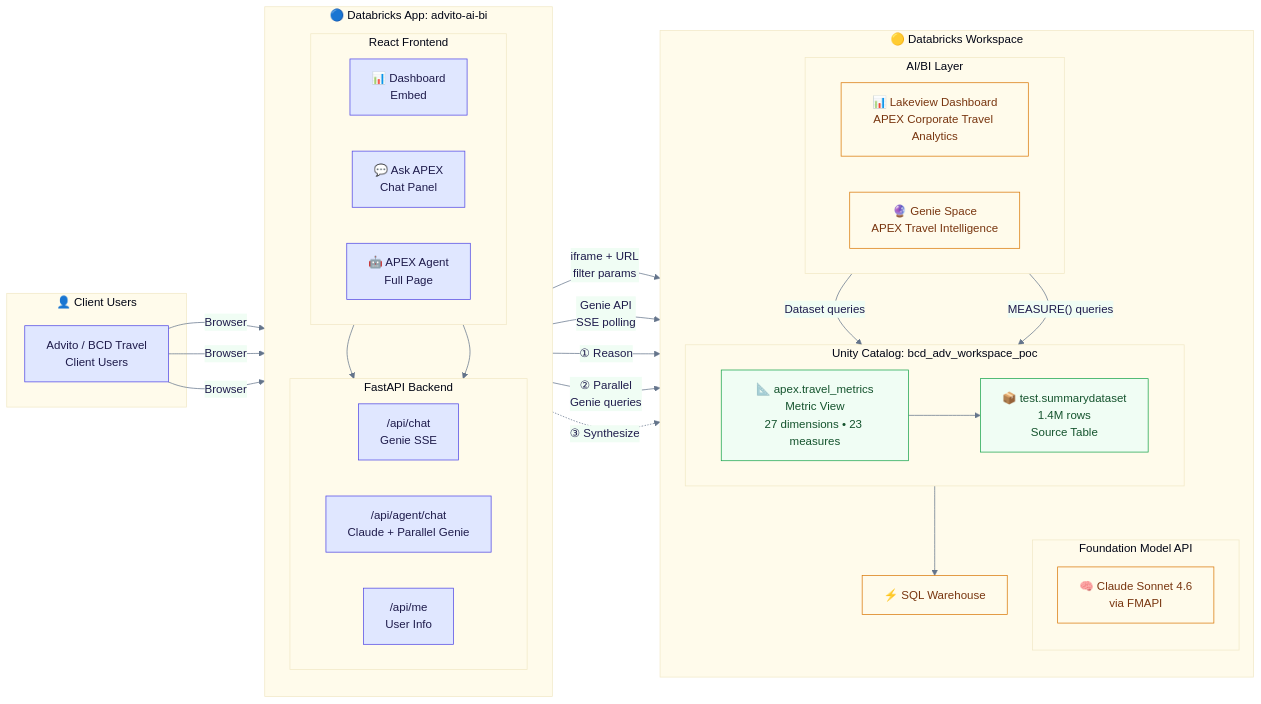
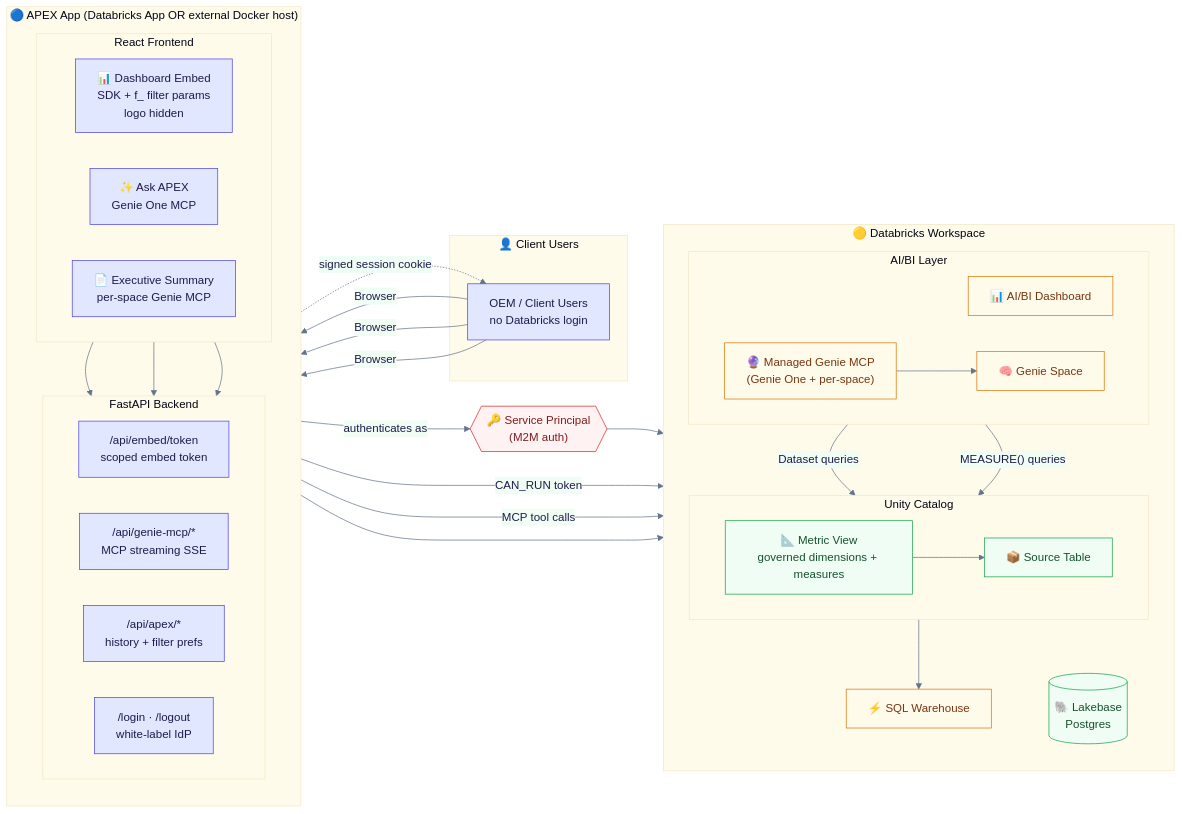
The diagram in docs/architecture/apex_architecture.mmd (rohit-db/advito-ai-bi), drawn with Mermaid before and after one commit. The commit also changed 86 other files, not shown here.

First line of the commit message:
feat: external-host replatform (SP auth, white-label login, Lakebase) + UI overhaul + cleanup

```diff
--- a/docs/architecture/apex_architecture.mmd
+++ b/docs/architecture/apex_architecture.mmd
@@ -1,74 +1,82 @@
 %%{init: {'theme': 'base', 'themeVariables': {'primaryColor': '#e0e7ff', 'primaryBorderColor': '#4f46e5', 'primaryTextColor': '#1e1b4b', 'lineColor': '#64748b', 'secondaryColor': '#f0fdf4', 'tertiaryColor': '#fffbeb'}}}%%
 
 flowchart LR
     subgraph Users["👤 Client Users"]
-        U[Advito / BCD Travel<br/>Client Users]
+        U[OEM / Client Users<br/>no Databricks login]
     end
 
-    subgraph App["🔵 Databricks App: advito-ai-bi"]
+    subgraph App["🔵 APEX App (Databricks App OR external Docker host)"]
         direction TB
         subgraph UI["React Frontend"]
             direction LR
-            DASH["📊 Dashboard<br/>Embed"]
-            GENIE_UI["💬 Ask APEX<br/>Chat Panel"]
-            AGENT_UI["🤖 APEX Agent<br/>Full Page"]
+            DASH["📊 Dashboard Embed<br/>SDK + f_ filter params<br/>logo hidden"]
+            GENIE_UI["✨ Ask APEX<br/>Genie One MCP"]
+            EXEC["📄 Executive Summary<br/>per-space Genie MCP"]
         end
         subgraph BE["FastAPI Backend"]
             direction LR
-            API_GENIE["/api/chat<br/>Genie SSE"]
-            API_AGENT["/api/agent/chat<br/>Claude + Parallel Genie"]
-            API_ME["/api/me<br/>User Info"]
+            API_EMBED["/api/embed/token<br/>scoped embed token"]
+            API_MCP["/api/genie-mcp/*<br/>MCP streaming SSE"]
+            API_APEX["/api/apex/*<br/>history + filter prefs"]
+            API_AUTH["/login · /logout<br/>white-label IdP"]
         end
     end
 
     subgraph Platform["🟡 Databricks Workspace"]
         direction TB
         subgraph AIBI["AI/BI Layer"]
             direction LR
-            LV["📊 Lakeview Dashboard<br/>APEX Corporate Travel Analytics"]
-            GS["🔮 Genie Space<br/>APEX Travel Intelligence"]
+            LV["📊 AI/BI Dashboard"]
+            MCP["🔮 Managed Genie MCP<br/>(Genie One + per-space)"]
+            GS["🧠 Genie Space"]
         end
-        subgraph FMAPI["Foundation Model API"]
-            CLAUDE["🧠 Claude Sonnet 4.6<br/>via FMAPI"]
-        end
-        subgraph DATA["Unity Catalog: bcd_adv_workspace_poc"]
+        subgraph DATA["Unity Catalog"]
             direction LR
-            MV["📐 apex.travel_metrics<br/>Metric View<br/>27 dimensions • 23 measures"]
-            SRC["📦 test.summarydataset<br/>1.4M rows<br/>Source Table"]
+            MV["📐 Metric View<br/>governed dimensions + measures"]
+            SRC["📦 Source Table"]
         end
         WH["⚡ SQL Warehouse"]
+        LB[("🐘 Lakebase<br/>Postgres")]
     end
+
+    SP{{"🔑 Service Principal<br/>(M2M auth)"}}
 
     %% User flows
     U -->|"Browser"| DASH
     U -->|"Browser"| GENIE_UI
-    U -->|"Browser"| AGENT_UI
+    U -->|"Browser"| EXEC
+
+    %% Auth
+    API_AUTH -.->|"signed session cookie"| U
+    BE -->|"authenticates as"| SP
+    SP --> Platform
 
     %% Dashboard embed
-    DASH -->|"iframe + URL<br/>filter params"| LV
+    DASH --> API_EMBED
+    API_EMBED -->|"CAN_RUN token"| LV
 
-    %% Genie chat
-    GENIE_UI --> API_GENIE
-    API_GENIE -->|"Genie API<br/>SSE polling"| GS
+    %% Ask APEX + Executive Summary via MCP
+    GENIE_UI --> API_MCP
+    EXEC --> API_MCP
+    API_MCP -->|"MCP tool calls"| MCP
+    MCP --> GS
 
-    %% Agent flow
-    AGENT_UI --> API_AGENT
-    API_AGENT -->|"① Reason"| CLAUDE
-    API_AGENT -->|"② Parallel<br/>Genie queries"| GS
-    API_AGENT -.->|"③ Synthesize"| CLAUDE
+    %% Persistence
+    API_APEX --> LB
 
     %% Data layer
     LV -->|"Dataset queries"| MV
     GS -->|"MEASURE() queries"| MV
     MV --> SRC
     MV --> WH
 
     %% Styling
     classDef appNode fill:#e0e7ff,stroke:#4f46e5,color:#1e1b4b
     classDef platformNode fill:#fffbeb,stroke:#d97706,color:#78350f
     classDef dataNode fill:#f0fdf4,stroke:#16a34a,color:#14532d
-    classDef agentNode fill:#ecfdf5,stroke:#059669,color:#064e3b
+    classDef authNode fill:#fef2f2,stroke:#dc2626,color:#7f1d1d
 
-    class DASH,GENIE_UI,AGENT_UI,API_GENIE,API_AGENT,API_ME appNode
-    class LV,GS,CLAUDE,WH platformNode
-    class MV,SRC dataNode
+    class DASH,GENIE_UI,EXEC,API_EMBED,API_MCP,API_APEX,API_AUTH appNode
+    class LV,MCP,GS,WH platformNode
+    class MV,SRC,LB dataNode
+    class SP authNode
```
